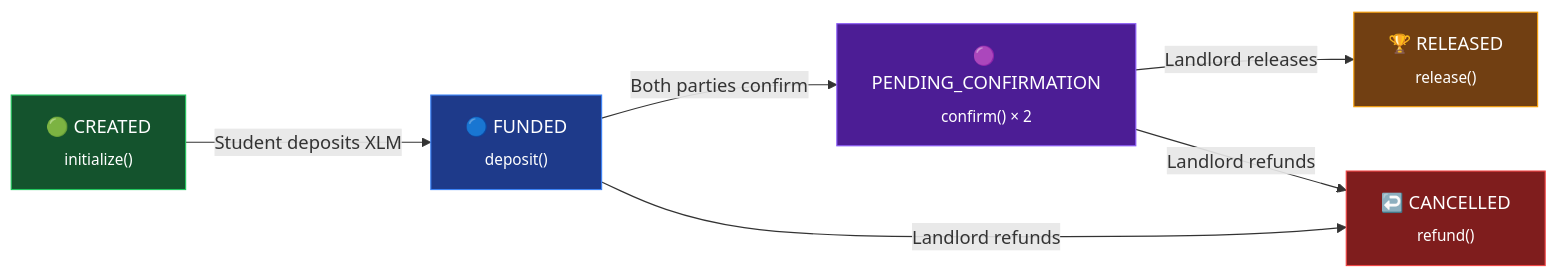
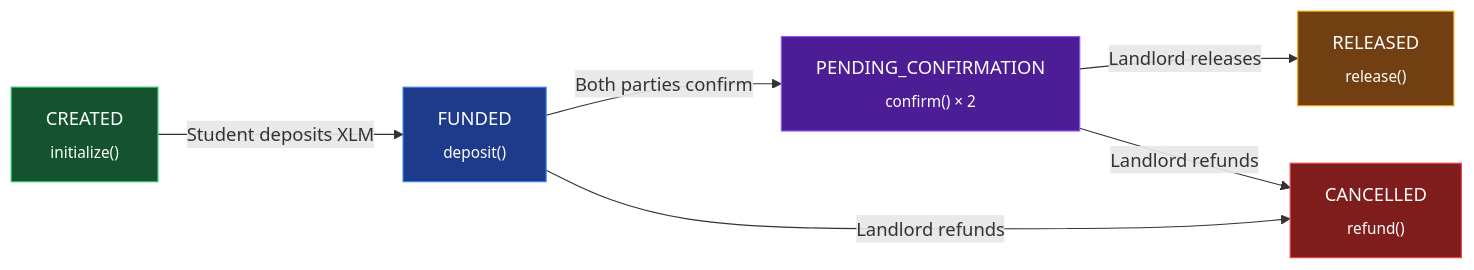
Before and after one commit to omjoshi-2307/SureD: the third of 6 diagrams in README.md, drawn with Mermaid. The commit also changed other lines of this file and 1 other file, not shown here.

````diff
--- a/README.md
+++ b/README.md
@@ -243,14 +223,14 @@
 ```mermaid
 flowchart LR
-    A["🟢 CREATED<br/><sub>initialize()</sub>"] -->|"Student deposits XLM"| B["🔵 FUNDED<br/><sub>deposit()</sub>"]
-    B -->|"Both parties confirm"| C["🟣 PENDING_CONFIRMATION<br/><sub>confirm() × 2</sub>"]
-    C -->|"Landlord releases"| D["🏆 RELEASED<br/><sub>release()</sub>"]
-    B -->|"Landlord refunds"| E["↩️ CANCELLED<br/><sub>refund()</sub>"]
+    A["CREATED<br/><sub>initialize()</sub>"] -->|"Student deposits XLM"| B["FUNDED<br/><sub>deposit()</sub>"]
+    B -->|"Both parties confirm"| C["PENDING_CONFIRMATION<br/><sub>confirm() × 2</sub>"]
+    C -->|"Landlord releases"| D["RELEASED<br/><sub>release()</sub>"]
+    B -->|"Landlord refunds"| E["CANCELLED<br/><sub>refund()</sub>"]
     C -->|"Landlord refunds"| E
 
     style A fill:#14532d,stroke:#22C55E,color:#fff
     style B fill:#1e3a8a,stroke:#3B82F6,color:#fff
     style C fill:#4c1d95,stroke:#8B5CF6,color:#fff
     style D fill:#713f12,stroke:#F59E0B,color:#fff
     style E fill:#7f1d1d,stroke:#EF4444,color:#fff
 ```
````
